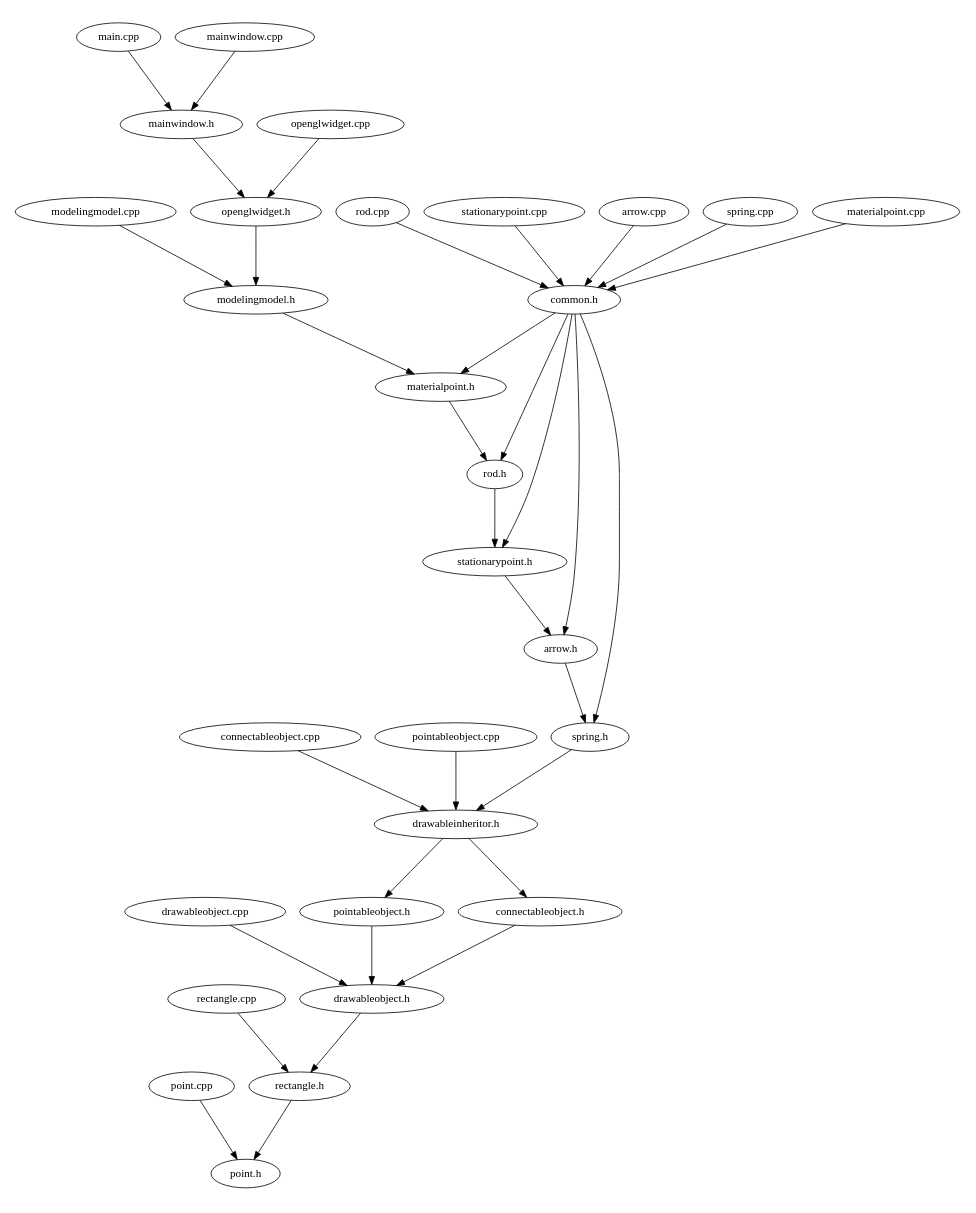
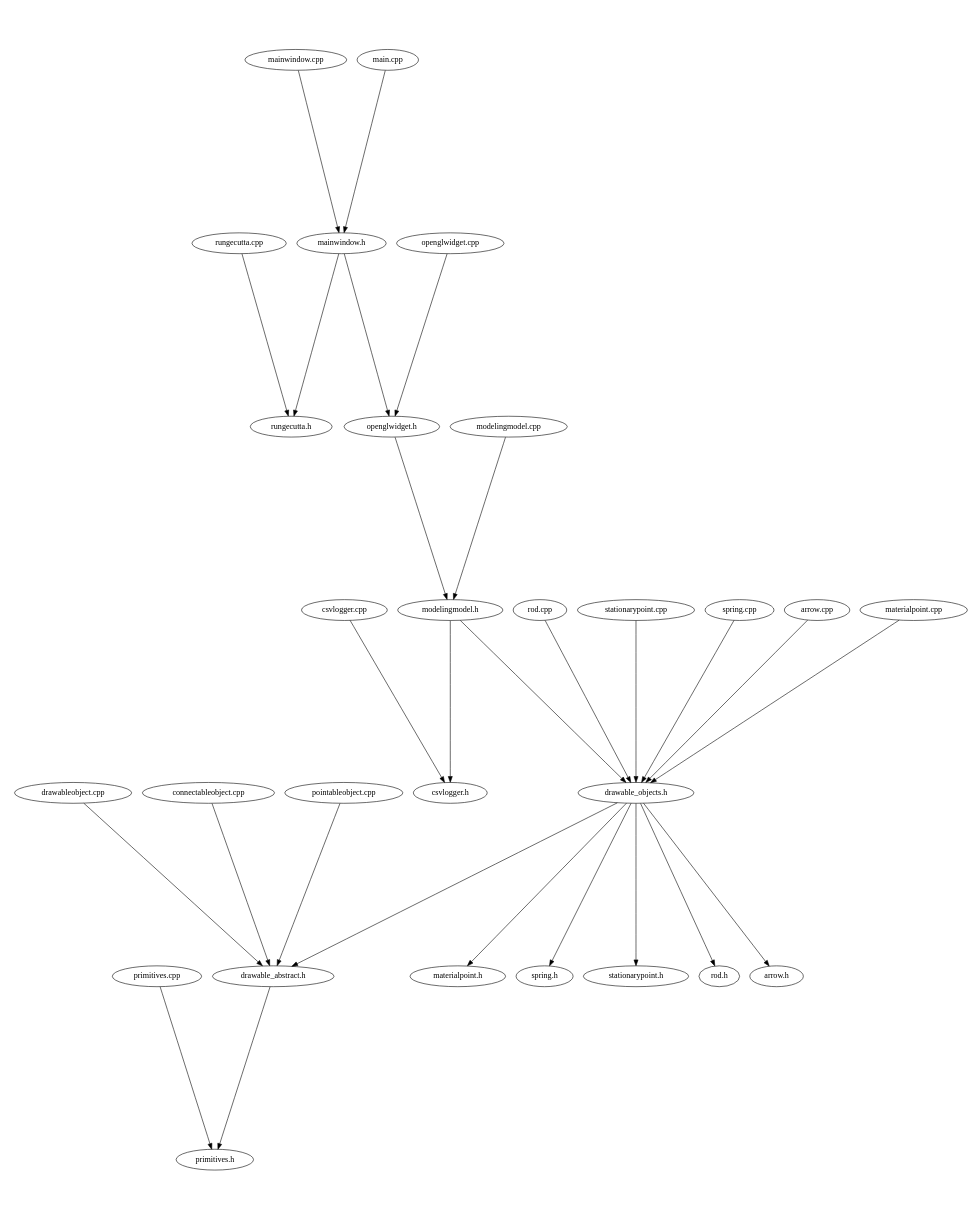
Before and after one commit to wuzzapcom/Modeling: the diagram in source.dot, drawn with Graphviz. The commit also changed 35 other files, not shown here.

```diff
--- a/source.dot
+++ b/source.dot
@@ -1,41 +1,35 @@
 digraph "source tree" {
     overlap=scale;
     size="8,10";
     ratio="fill";
     fontsize="16";
     fontname="Helvetica";
 	clusterrank="local";
-	"stationarypoint.h" -> "arrow.h"
-	"drawableinheritor.h" -> "pointableobject.h"
-	"connectableobject.cpp" -> "drawableinheritor.h"
+	"drawable_objects.h" -> "materialpoint.h"
+	"drawable_objects.h" -> "drawable_abstract.h"
+	"drawable_objects.h" -> "spring.h"
+	"mainwindow.h" -> "openglwidget.h"
 	"modelingmodel.cpp" -> "modelingmodel.h"
-	"modelingmodel.h" -> "materialpoint.h"
-	"rod.cpp" -> "common.h"
-	"common.h" -> "arrow.h"
-	"common.h" -> "spring.h"
-	"point.cpp" -> "point.h"
-	"stationarypoint.cpp" -> "common.h"
-	"connectableobject.h" -> "drawableobject.h"
-	"common.h" -> "stationarypoint.h"
+	"primitives.cpp" -> "primitives.h"
+	"csvlogger.cpp" -> "csvlogger.h"
+	"modelingmodel.h" -> "csvlogger.h"
+	"modelingmodel.h" -> "drawable_objects.h"
+	"rod.cpp" -> "drawable_objects.h"
+	"openglwidget.cpp" -> "openglwidget.h"
+	"drawableobject.cpp" -> "drawable_abstract.h"
+	"mainwindow.h" -> "rungecutta.h"
+	"mainwindow.cpp" -> "mainwindow.h"
+	"main.cpp" -> "mainwindow.h"
+	"connectableobject.cpp" -> "drawable_abstract.h"
+	"drawable_objects.h" -> "stationarypoint.h"
+	"stationarypoint.cpp" -> "drawable_objects.h"
 	"openglwidget.h" -> "modelingmodel.h"
-	"rectangle.h" -> "point.h"
-	"main.cpp" -> "mainwindow.h"
-	"pointableobject.h" -> "drawableobject.h"
-	"drawableobject.h" -> "rectangle.h"
-	"drawableinheritor.h" -> "connectableobject.h"
-	"arrow.cpp" -> "common.h"
-	"mainwindow.cpp" -> "mainwindow.h"
-	"spring.cpp" -> "common.h"
-	"common.h" -> "rod.h"
-	"common.h" -> "materialpoint.h"
-	"materialpoint.h" -> "rod.h"
-	"rod.h" -> "stationarypoint.h"
-	"rectangle.cpp" -> "rectangle.h"
-	"openglwidget.cpp" -> "openglwidget.h"
-	"materialpoint.cpp" -> "common.h"
-	"arrow.h" -> "spring.h"
-	"mainwindow.h" -> "openglwidget.h"
-	"spring.h" -> "drawableinheritor.h"
-	"pointableobject.cpp" -> "drawableinheritor.h"
-	"drawableobject.cpp" -> "drawableobject.h"
+	"spring.cpp" -> "drawable_objects.h"
+	"pointableobject.cpp" -> "drawable_abstract.h"
+	"drawable_objects.h" -> "rod.h"
+	"arrow.cpp" -> "drawable_objects.h"
+	"drawable_objects.h" -> "arrow.h"
+	"drawable_abstract.h" -> "primitives.h"
+	"rungecutta.cpp" -> "rungecutta.h"
+	"materialpoint.cpp" -> "drawable_objects.h"
 }
```
